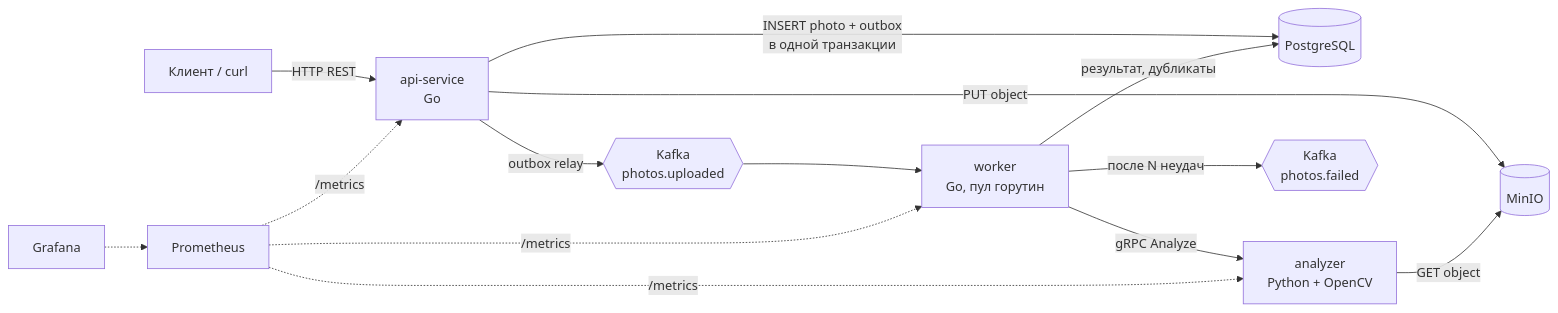
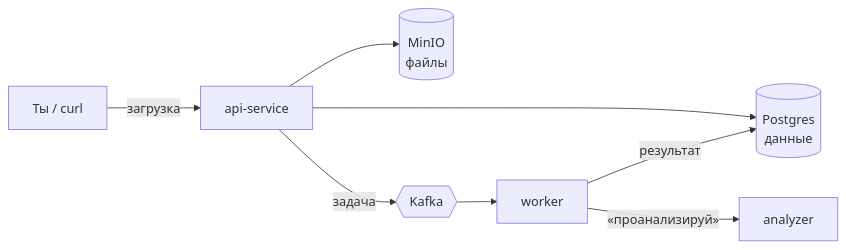
Before and after one commit to marimirals/photo-analysis: the diagram in README.md, drawn with Mermaid. The commit also changed other lines of this file and 1 other file, not shown here.

````diff
--- a/README.md
+++ b/README.md
@@ -9,14 +14,10 @@
 ```mermaid
 flowchart LR
-    C[Клиент / curl] -->|HTTP REST| API[api-service<br/>Go]
-    API -->|PUT object| S3[(MinIO)]
-    API -->|INSERT photo + outbox<br/>в одной транзакции| PG[(PostgreSQL)]
-    API -->|outbox relay| K{{Kafka<br/>photos.uploaded}}
-    K --> W[worker<br/>Go, пул горутин]
-    W -->|gRPC Analyze| AN[analyzer<br/>Python + OpenCV]
-    AN -->|GET object| S3
-    W -->|результат, дубликаты| PG
-    W -->|после N неудач| DLQ{{Kafka<br/>photos.failed}}
-    P[Prometheus] -.->|/metrics| API & W & AN
-    G[Grafana] -.-> P
+    C[Ты / curl] -->|загрузка| API[api-service]
+    API --> S3[(MinIO<br/>файлы)]
+    API --> PG[(Postgres<br/>данные)]
+    API -->|задача| K{{Kafka}}
+    K --> W[worker]
+    W -->|«проанализируй»| AN[analyzer]
+    W -->|результат| PG
 ```
````
